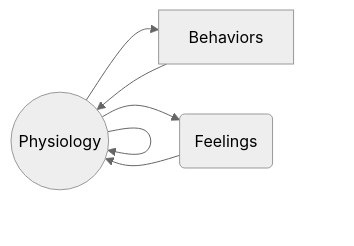
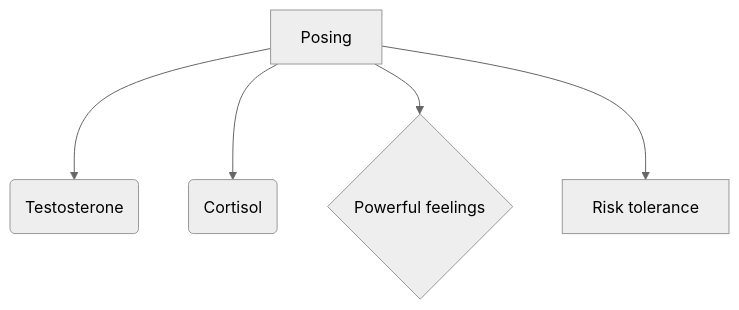
One commit to psu-psychology/psych-490-reproducibility-2023-fall changed the sixth of 8 diagrams in src/notes/wk09-2023-10-18.qmd. Above: the diagram before and after it, drawn with Mermaid (neutral theme). The commit also changed other lines of this file and 29 other files, not shown here.

````diff
--- a/src/notes/wk09-2023-10-18.qmd
+++ b/src/notes/wk09-2023-10-18.qmd
@@ -326,9 +338,7 @@
 ```{mermaid}
-%%| fig-height: 6.5
-flowchart LR
-  C((Physiology)) -->A[Behaviors]
-  C -->C
-  C -->B(Feelings)
-  B -->C
-  A -->C
+flowchart TD
+  A[Posing] -->B(Testosterone)
+  A -->C(Cortisol)
+  A -->D{Powerful feelings}
+  A -->E[Risk tolerance]
 ```
````
